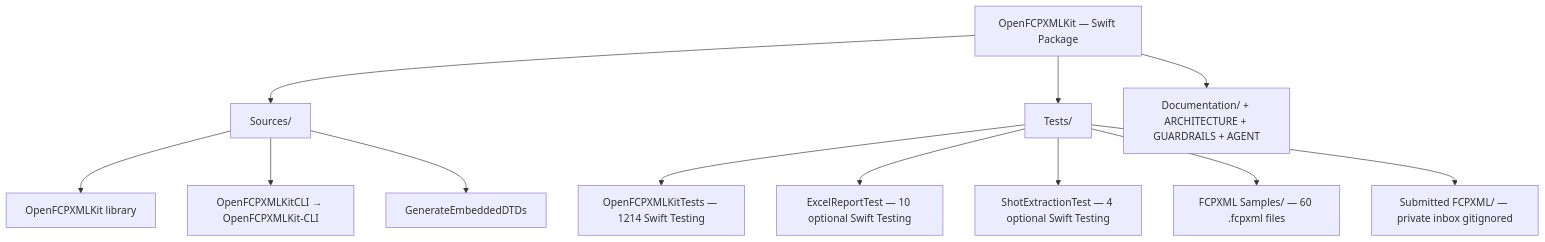
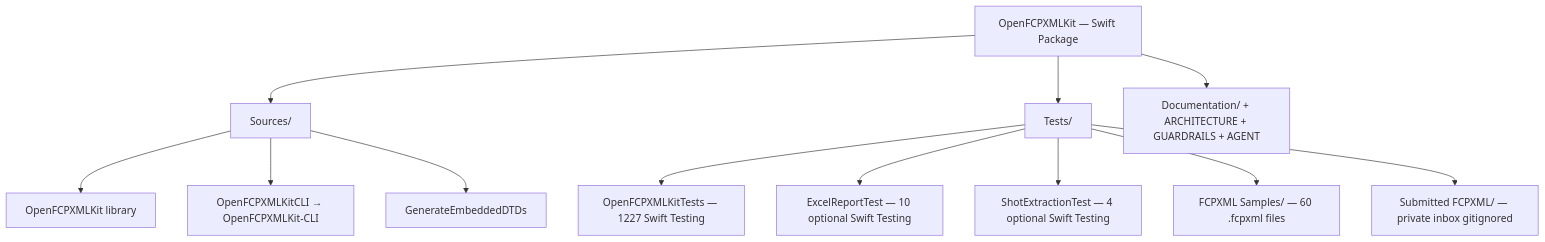
One commit to TheAcharya/OpenFCPXMLKit changed the first of 6 diagrams in ARCHITECTURE.md. Above: the diagram before and after it, drawn with Mermaid. The commit also changed other lines of this file and 62 other files, not shown here.

````diff
--- a/ARCHITECTURE.md
+++ b/ARCHITECTURE.md
@@ -224,18 +236,18 @@
 ```mermaid
 flowchart TB
     Pkg["OpenFCPXMLKit — Swift Package"]
 
     Pkg --> SRC["Sources/"]
     Pkg --> TST["Tests/"]
     Pkg --> DOC["Documentation/ + ARCHITECTURE + GUARDRAILS + AGENT"]
 
     SRC --> LIB["OpenFCPXMLKit library"]
     SRC --> CLI["OpenFCPXMLKitCLI → OpenFCPXMLKit-CLI"]
     SRC --> GEN["GenerateEmbeddedDTDs"]
 
-    TST --> OKT["OpenFCPXMLKitTests — 1214 Swift Testing"]
+    TST --> OKT["OpenFCPXMLKitTests — 1227 Swift Testing"]
     TST --> ERT["ExcelReportTest — 10 optional Swift Testing"]
     TST --> SET["ShotExtractionTest — 4 optional Swift Testing"]
     TST --> SMP["FCPXML Samples/ — 60 .fcpxml files"]
     TST --> SUB["Submitted FCPXML/ — private inbox gitignored"]
 ```
````
